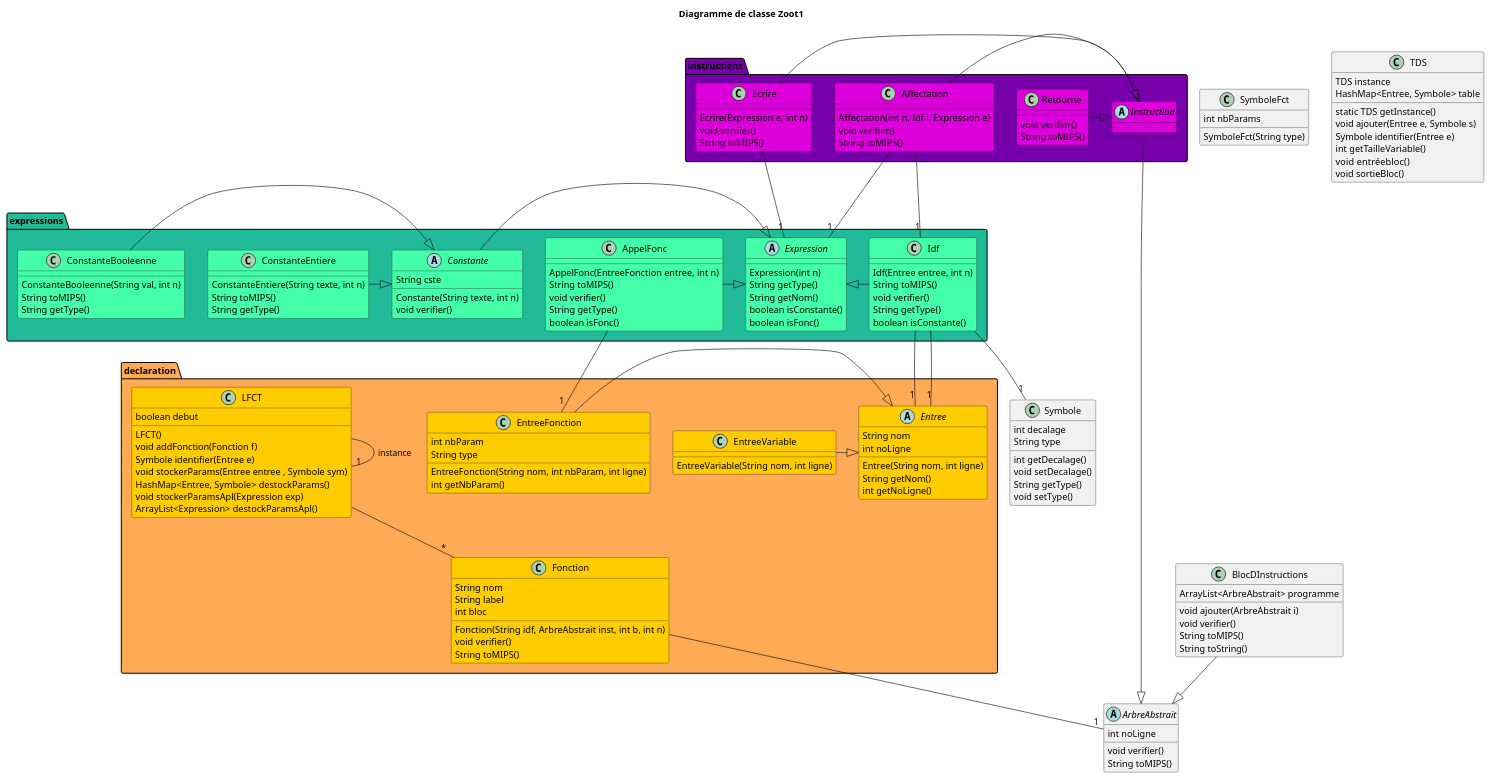
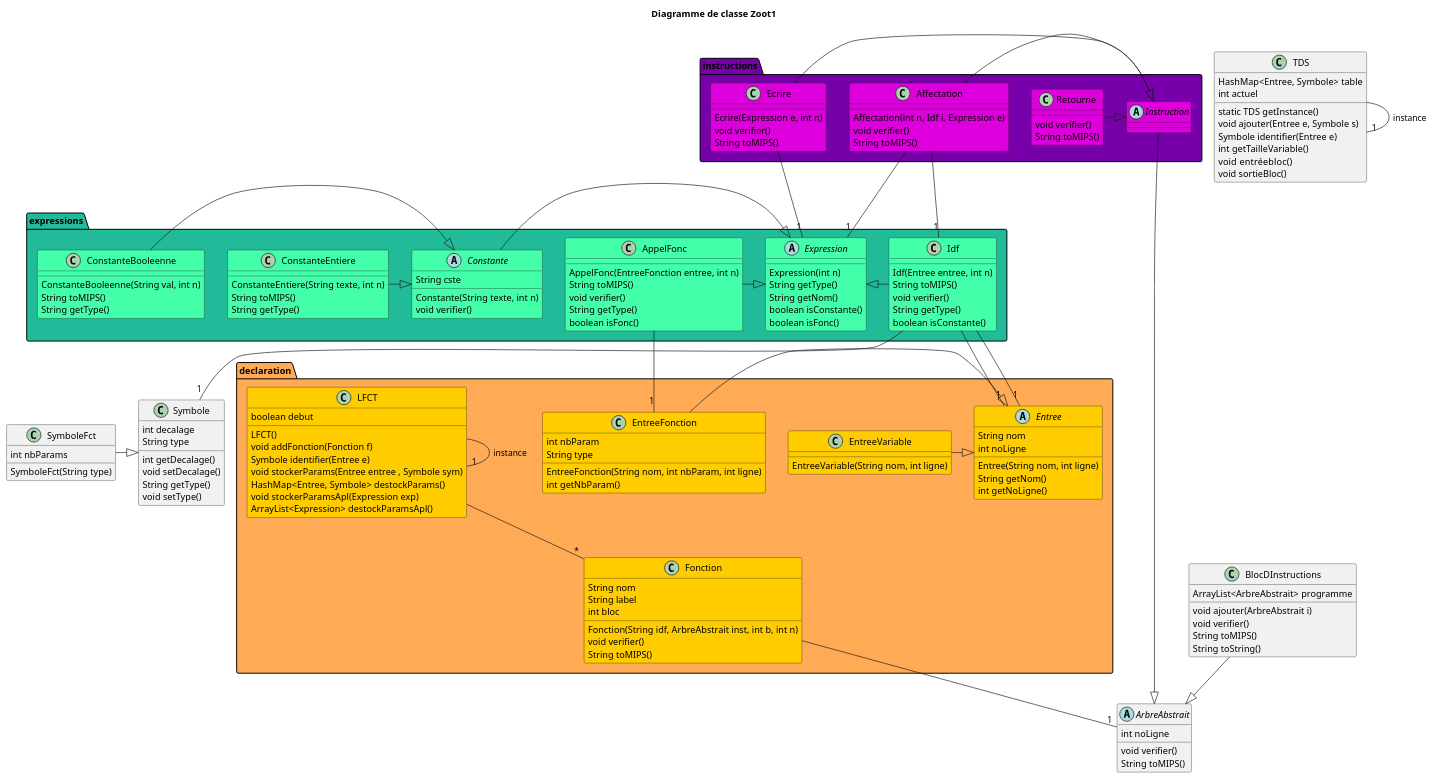
One commit to LudovicTagnon/Zoot changed the diagram in src/misc/uml/diagramme_classe.puml. Above: the diagram before and after it, drawn with PlantUML. The commit also changed 1 other file, not shown here.

```diff
--- a/src/misc/uml/diagramme_classe.puml
+++ b/src/misc/uml/diagramme_classe.puml
@@ -1,186 +1,187 @@
 @startuml
 title Diagramme de classe Zoot1
 
 Abstract ArbreAbstrait {
     int noLigne
     void verifier()
     String toMIPS()
 }
 
 package instructions #7700AA {
 
     Class Retourne #DD00DD {
         void verifier()
         String toMIPS()
     }
 
     Class Ecrire #DD00DD {
         Ecrire(Expression e, int n)
         void verifier()
         String toMIPS()
     }
 
     Class Affectation #DD00DD {
         Affectation(int n, Idf i, Expression e)
         void verifier()
         String toMIPS()
     }
 
     Abstract Instruction #DD00DD {}
 
     Ecrire -|> Instruction
     Affectation -|> Instruction
     Retourne -|> Instruction
 }
 
 package expressions #22BB99 {
     Abstract Expression #44FFAA {
         Expression(int n)
         String getType()
         String getNom()
         boolean isConstante()
         boolean isFonc()
     }
 
     Abstract Constante #44FFAA {
         String cste
         Constante(String texte, int n)
         void verifier()
     }
 
     Class ConstanteEntiere #44FFAA {
         ConstanteEntiere(String texte, int n)
         String toMIPS()
         String getType()
     }
 
     Class ConstanteBooleenne #44FFAA {
         ConstanteBooleenne(String val, int n)
         String toMIPS()
         String getType()
     }
 
     Class Idf #44FFAA {
         Idf(Entree entree, int n)
         String toMIPS()
         void verifier()
         String getType()
         boolean isConstante()
     }
 
     Class AppelFonc #44FFAA {
         AppelFonc(EntreeFonction entree, int n)
         String toMIPS()
         void verifier()
         String getType()
         boolean isFonc()
     }
 
     Idf -|> Expression
     Constante -|> Expression
     AppelFonc -|> Expression
     ConstanteEntiere -|> Constante
     ConstanteBooleenne -|> Constante
 }
 
 package declaration #FFAA55 {
     Abstract Entree #FFCC00 {
         String nom
         int noLigne
         Entree(String nom, int ligne)
         String getNom()
         int getNoLigne()
     }
 
     Class EntreeVariable #FFCC00 {
         EntreeVariable(String nom, int ligne)
     }
 
     Class EntreeFonction #FFCC00 {
         int nbParam
         String type
         EntreeFonction(String nom, int nbParam, int ligne)
         int getNbParam()
     }
 
     Class Fonction #FFCC00 {
         String nom
         String label
         int bloc
         Fonction(String idf, ArbreAbstrait inst, int b, int n)
         void verifier()
         String toMIPS()
     }
 
     Class LFCT #FFCC00 {
         boolean debut
         LFCT()
         void addFonction(Fonction f)
         Symbole identifier(Entree e)
         void stockerParams(Entree entree , Symbole sym)
         HashMap<Entree, Symbole> destockParams()
         void stockerParamsApl(Expression exp)
         ArrayList<Expression> destockParamsApl()
     }
 
     LFCT -- "*" Fonction
     LFCT -- "1" LFCT : "instance"
     EntreeFonction -|> Entree
     EntreeVariable -|> Entree
 }
 
 Class Symbole {
     int decalage
     String type
 
     int getDecalage()
     void setDecalage()
     String getType()
     void setType()
 }
 
 Class SymboleFct {
     int nbParams
     SymboleFct(String type)
 }
 
 Class TDS {
-    TDS instance
     HashMap<Entree, Symbole> table
-
+    int actuel
     static TDS getInstance()
     void ajouter(Entree e, Symbole s)
     Symbole identifier(Entree e)
     int getTailleVariable()
     void  entréebloc()
     void sortieBloc()
 }
 
 Class BlocDInstructions {
     ArrayList<ArbreAbstrait> programme
     void ajouter(ArbreAbstrait i)
     void verifier()
     String toMIPS()
     String toString()
 }
 
+SymboleFct -|> Symbole
+
 Idf -- "1" Entree
 
 Instruction --|> ArbreAbstrait
 BlocDInstructions --|> ArbreAbstrait
 
 Fonction -- "1" ArbreAbstrait
 
 Affectation -- "1" Expression
 Affectation -- "1" Idf
 Ecrire -- "1" Expression
 
 Idf -- "1" Entree
 Idf -- "1" Symbole
 
 AppelFonc -- "1" EntreeFonction
-
+TDS -- "1" TDS : "instance"
 
 
 
 @enduml
```
